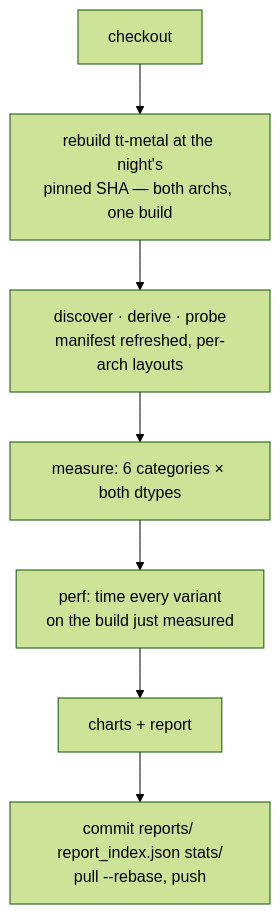
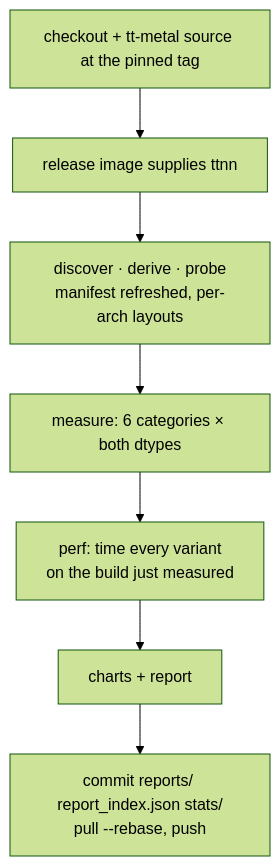
Before and after one commit to tenstorrent/tt-eltwise-accuracy-report: the third of 4 diagrams in .github/workflows/README.md, drawn with Mermaid (forest theme). The commit also changed other lines of this file and 5 other files, not shown here.

Commit message:
ci: every device workflow runs on the shared pool in a tt-metal image

````diff
--- a/.github/workflows/README.md
+++ b/.github/workflows/README.md
@@ -42,9 +53,9 @@
 ```mermaid
 flowchart TD
-    A["checkout"] --> B["rebuild tt-metal at the night's<br/>pinned SHA — both archs, one build"]
+    A["checkout + tt-metal source at the pinned tag"] --> B["release image supplies ttnn"]
     B --> C["discover · derive · probe<br/>manifest refreshed, per-arch layouts"]
     C --> D["measure: 6 categories × both dtypes"]
     D --> P["perf: time every variant<br/>on the build just measured"]
     P --> E["charts + report"]
     E --> F["commit reports/ report_index.json stats/<br/>pull --rebase, push"]
 ```
````
